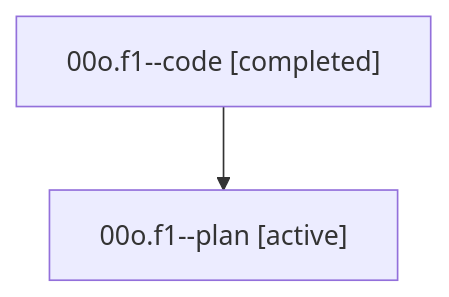
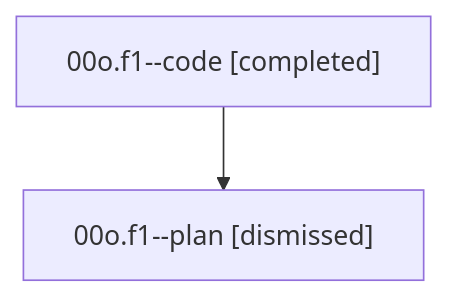
One commit to bobs-org/bob-cli--agents changed the diagram in sessions/bbugyi200.athena.00o.f1.md. Above: the diagram before and after it, drawn with Mermaid. The commit also changed other lines of this file and 62 other files, not shown here.

````diff
--- a/sessions/bbugyi200.athena.00o.f1.md
+++ b/sessions/bbugyi200.athena.00o.f1.md
@@ -9,6 +9,6 @@
 ```mermaid
 flowchart TD
   n0["00o.f1--code [completed]"]
-  n1["00o.f1--plan [active]"]
+  n1["00o.f1--plan [dismissed]"]
   n0 --> n1
 ```
````
